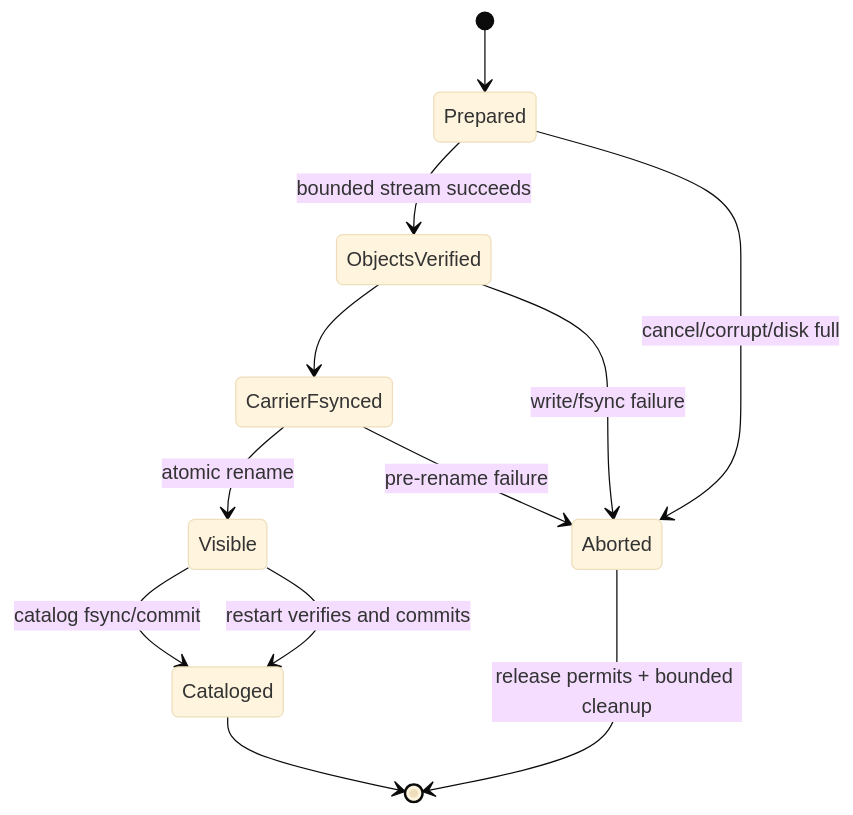
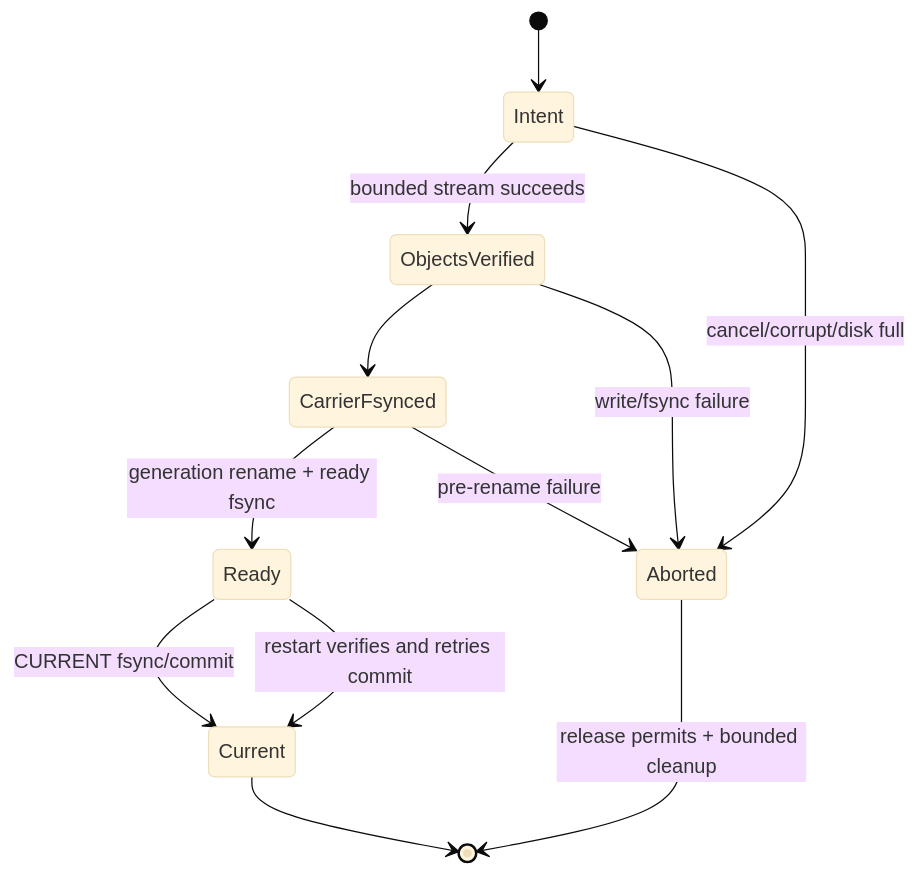
One commit to Ephemeral-AI-Lab/ephemeral-sandbox-docs changed the third of 3 diagrams in implementation-plan/2.0 migration/phase 1/implementation/stage_05_candidate_materialization/spec.md. Above: the diagram before and after it, drawn with Mermaid (base theme). The commit also changed other lines of this file and 35 other files, not shown here.

````diff
--- a/implementation-plan/2.0 migration/phase 1/implementation/stage_05_candidate_materialization/spec.md
+++ b/implementation-plan/2.0 migration/phase 1/implementation/stage_05_candidate_materialization/spec.md
@@ -333,14 +423,14 @@
 ```mermaid
 stateDiagram-v2
-  [*] --> Prepared
-  Prepared --> ObjectsVerified: bounded stream succeeds
+  [*] --> Intent
+  Intent --> ObjectsVerified: bounded stream succeeds
   ObjectsVerified --> CarrierFsynced
-  CarrierFsynced --> Visible: atomic rename
-  Visible --> Cataloged: catalog fsync/commit
-  Cataloged --> [*]
-  Prepared --> Aborted: cancel/corrupt/disk full
+  CarrierFsynced --> Ready: generation rename + ready fsync
+  Ready --> Current: CURRENT fsync/commit
+  Current --> [*]
+  Intent --> Aborted: cancel/corrupt/disk full
   ObjectsVerified --> Aborted: write/fsync failure
   CarrierFsynced --> Aborted: pre-rename failure
-  Visible --> Cataloged: restart verifies and commits
+  Ready --> Current: restart verifies and retries commit
   Aborted --> [*]: release permits + bounded cleanup
 ```
````
